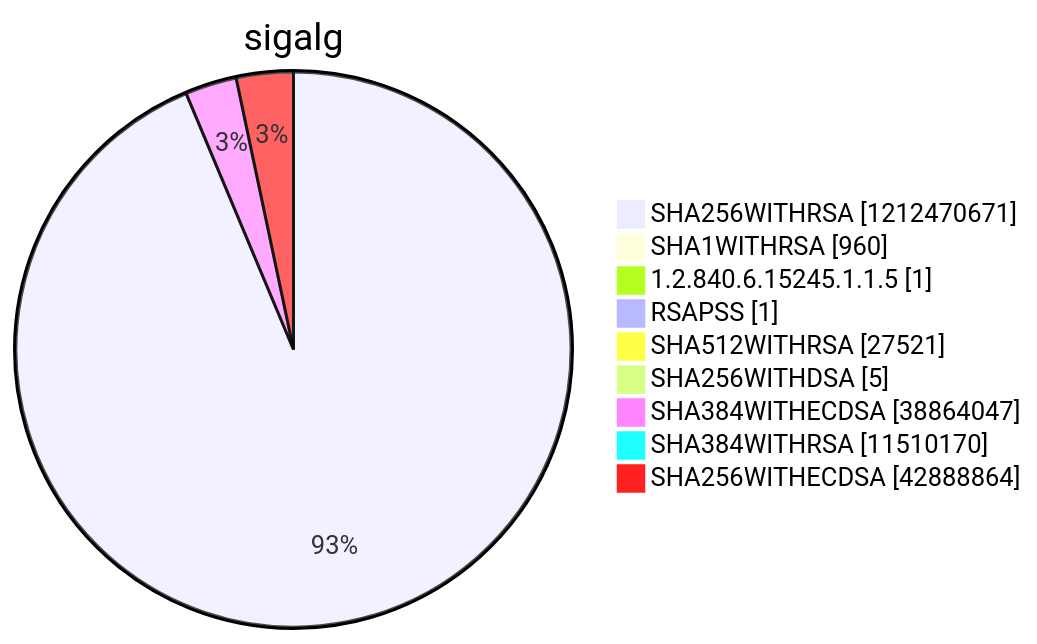
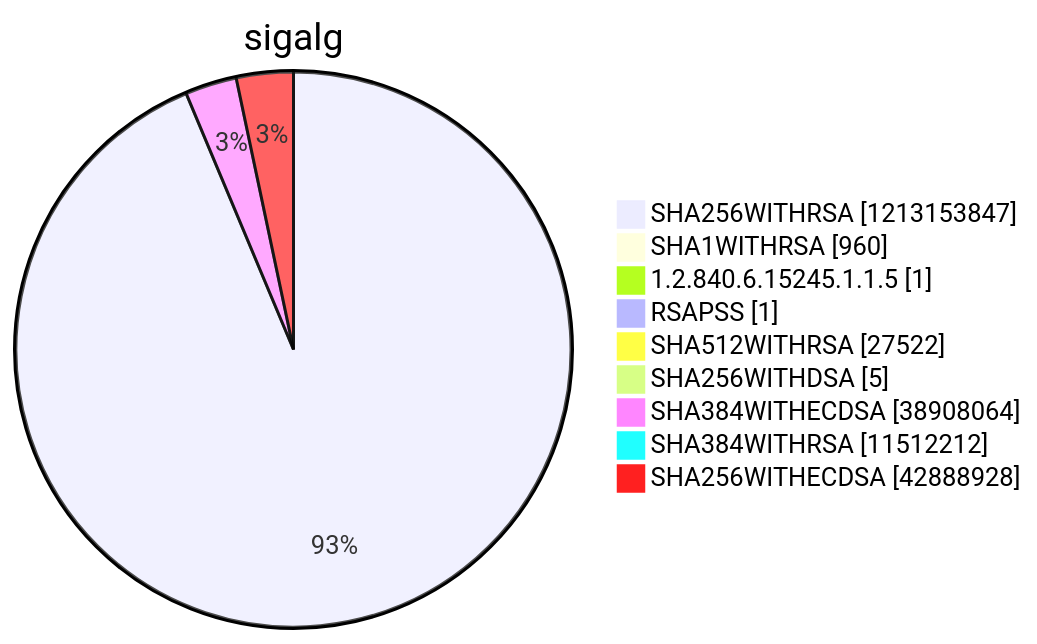
Before and after one commit to christiankrug/ctmonitor_visualization: diagram 15 of 15 in argon2022/README.md, drawn with Mermaid. The commit also changed other lines of this file, not shown here.

````diff
--- a/argon2022/README.md
+++ b/argon2022/README.md
@@ -5520,13 +5520,13 @@
 ```mermaid
 pie showData
 title sigalg
-"SHA256WITHRSA" :1212470671
+"SHA256WITHRSA" :1213153847
 "SHA1WITHRSA" :960
 "1.2.840.6.15245.1.1.5" :1
 "RSAPSS" :1
-"SHA512WITHRSA" :27521
+"SHA512WITHRSA" :27522
 "SHA256WITHDSA" :5
-"SHA384WITHECDSA" :38864047
-"SHA384WITHRSA" :11510170
-"SHA256WITHECDSA" :42888864
+"SHA384WITHECDSA" :38908064
+"SHA384WITHRSA" :11512212
+"SHA256WITHECDSA" :42888928
 ```
````
